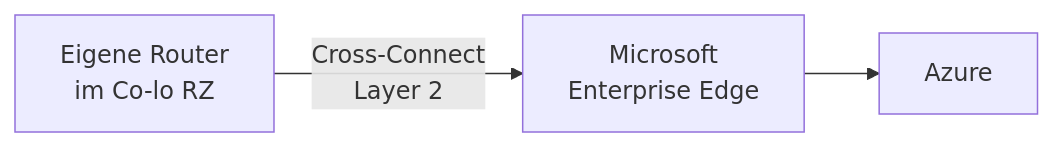
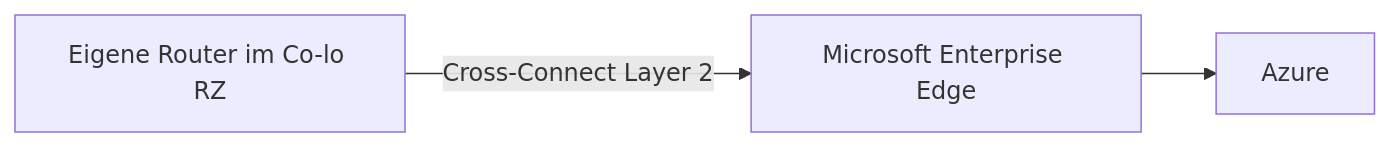
Before and after one commit to SoniiiT/notes-n-docs: the second of 13 diagrams in Microsoft 365/Azure/Netzwerk/Azure ExpressRoute.md, drawn with Mermaid. The commit also changed other lines of this file and 124 other files, not shown here.

First line of the commit message:
fix: Entferne \n aus allen Mermaid-Diagrammen (125 Dateien)

````diff
--- a/Microsoft 365/Azure/Netzwerk/Azure ExpressRoute.md
+++ b/Microsoft 365/Azure/Netzwerk/Azure ExpressRoute.md
@@ -52,5 +52,5 @@
 ```mermaid
 graph LR
-    CORP_EQUIP[Eigene Router\nim Co-lo RZ] -->|Cross-Connect\nLayer 2| MSEE[Microsoft\nEnterprise Edge]
+    CORP_EQUIP[Eigene Router im Co-lo RZ] -->|Cross-Connect Layer 2| MSEE[Microsoft Enterprise Edge]
     MSEE --> AZURE[Azure]
 ```
````
